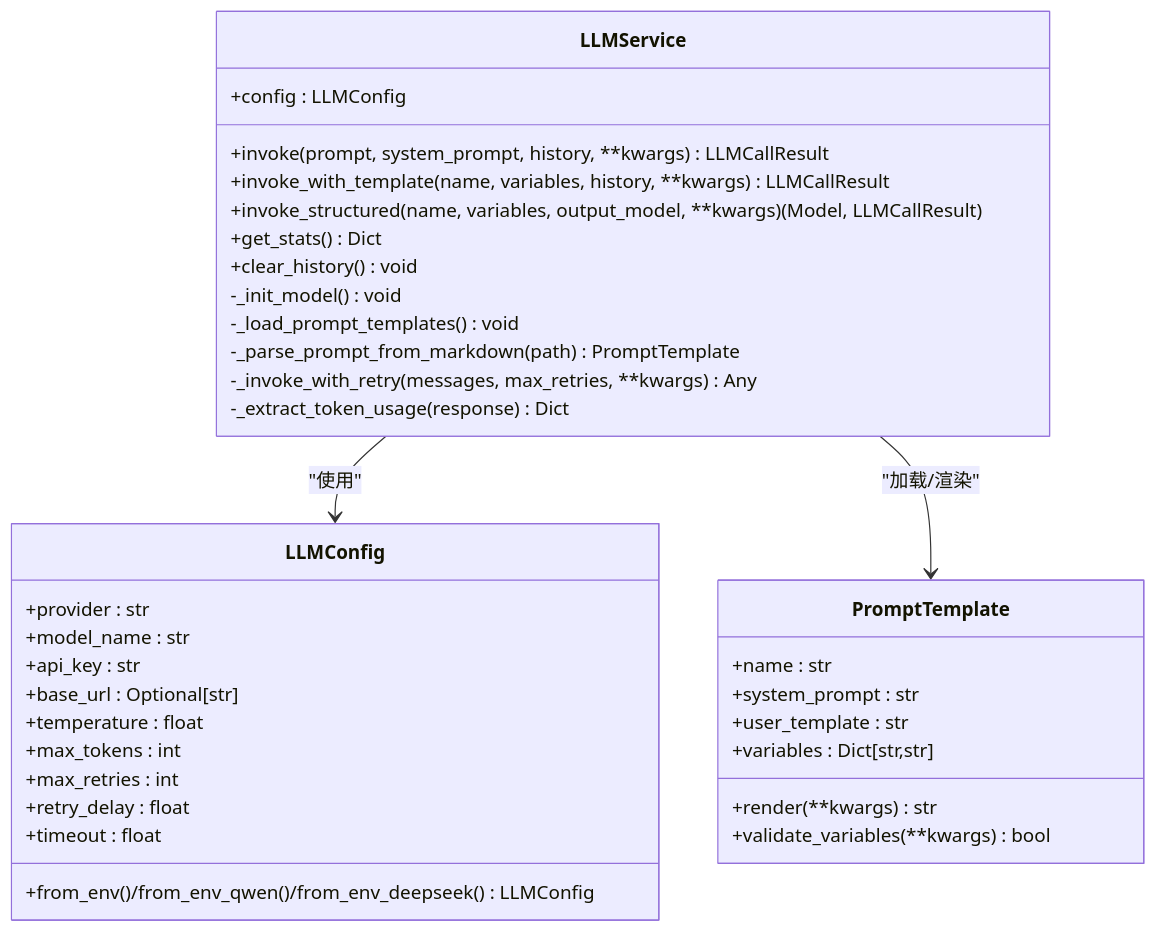
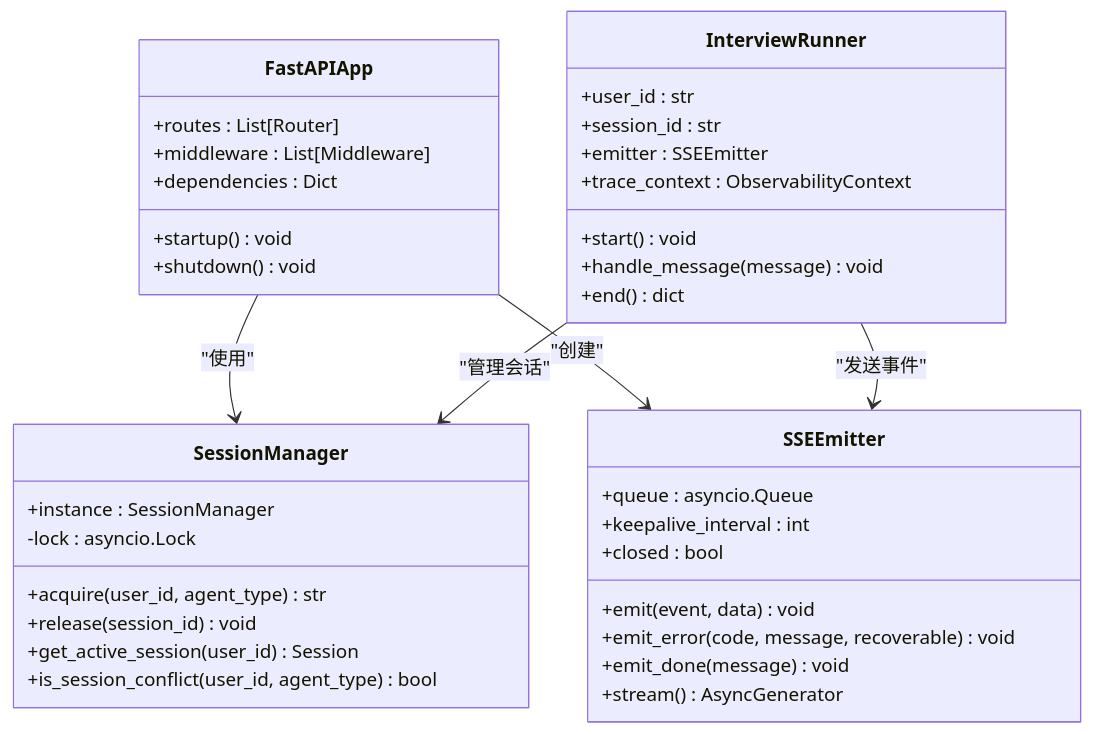
The third of 5 diagrams in .qoder/repowiki/zh/content/服务层架构/服务层架构.md (WangYiKai1017/zizuan), drawn with Mermaid before and after one commit. The commit also changed other lines of this file and 99 other files, not shown here.

````diff
--- a/.qoder/repowiki/zh/content/服务层架构/服务层架构.md
+++ b/.qoder/repowiki/zh/content/服务层架构/服务层架构.md
@@ -133,38 +177,40 @@
 ```mermaid
 classDiagram
-class LLMService {
-+config : LLMConfig
-+invoke(prompt, system_prompt, history, **kwargs) LLMCallResult
-+invoke_with_template(name, variables, history, **kwargs) LLMCallResult
-+invoke_structured(name, variables, output_model, **kwargs) (Model, LLMCallResult)
-+get_stats() Dict
-+clear_history() void
--_init_model() void
--_load_prompt_templates() void
--_parse_prompt_from_markdown(path) PromptTemplate
--_invoke_with_retry(messages, max_retries, **kwargs) Any
--_extract_token_usage(response) Dict
+class FastAPIApp {
++routes : List[Router]
++middleware : List[Middleware]
++dependencies : Dict
++startup() void
++shutdown() void
 }
-class LLMConfig {
-+provider : str
-+model_name : str
-+api_key : str
-+base_url : Optional[str]
-+temperature : float
-+max_tokens : int
-+max_retries : int
-+retry_delay : float
-+timeout : float
-+from_env()/from_env_qwen()/from_env_deepseek() LLMConfig
+class SessionManager {
++instance : SessionManager
++acquire(user_id, agent_type) str
++release(session_id) void
++get_active_session(user_id) Session
++is_session_conflict(user_id, agent_type) bool
+-lock : asyncio.Lock
 }
-class PromptTemplate {
-+name : str
-+system_prompt : str
-+user_template : str
-+variables : Dict[str,str]
-+render(**kwargs) str
-+validate_variables(**kwargs) bool
+class SSEEmitter {
++queue : asyncio.Queue
++keepalive_interval : int
++closed : bool
++emit(event, data) void
++emit_error(code, message, recoverable) void
++emit_done(message) void
++stream() AsyncGenerator
 }
-LLMService --> LLMConfig : "使用"
-LLMService --> PromptTemplate : "加载/渲染"
+class InterviewRunner {
++user_id : str
++session_id : str
++emitter : SSEEmitter
++trace_context : ObservabilityContext
++start() void
++handle_message(message) void
++end() dict
+}
+FastAPIApp --> SessionManager : "使用"
+FastAPIApp --> SSEEmitter : "创建"
+InterviewRunner --> SessionManager : "管理会话"
+InterviewRunner --> SSEEmitter : "发送事件"
 ```
````
